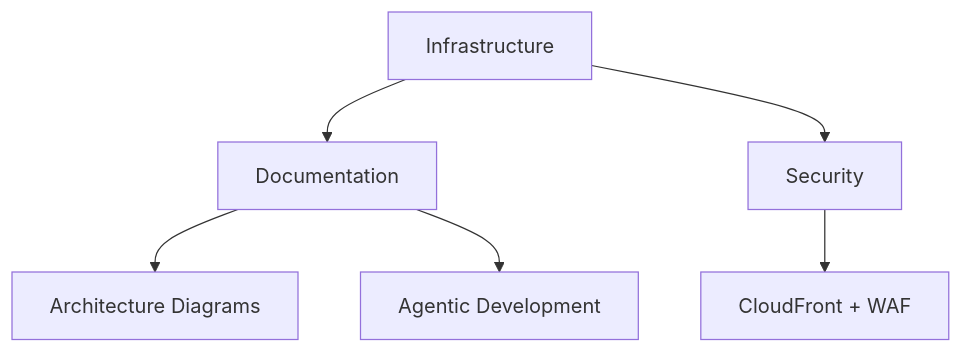
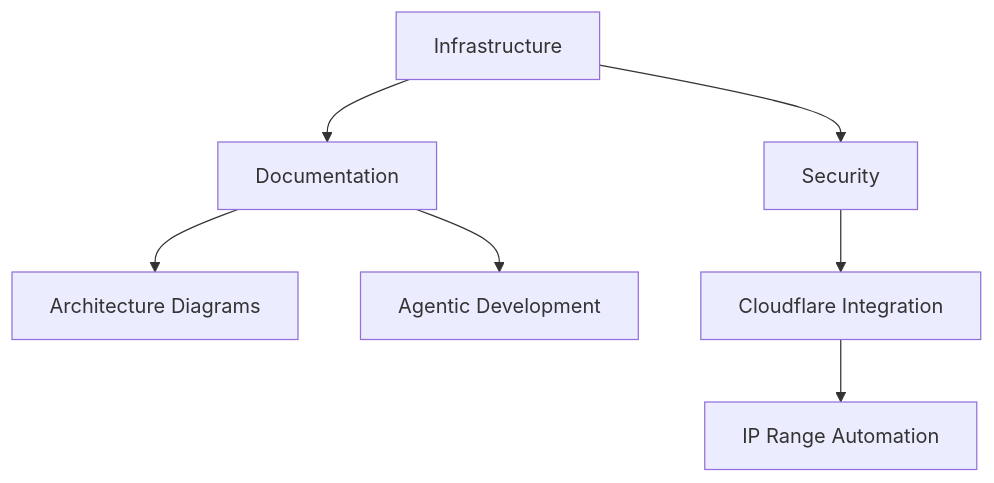
The diagram in memory-bank/activeContext.md (laialex501/lorechat-cdk), drawn with Mermaid before and after one commit. The commit also changed other lines of this file and 9 other files, not shown here.

Commit message:
Migrate from CloudFront to Cloudflare

````diff
--- a/memory-bank/activeContext.md
+++ b/memory-bank/activeContext.md
@@ -35,8 +43,9 @@
 ```mermaid
 graph TD
     A[Infrastructure] --> B[Documentation]
     A --> C[Security]
     B --> D[Architecture Diagrams]
-    C --> E[CloudFront + WAF]
-    B --> F[Agentic Development]
+    C --> E[Cloudflare Integration]
+    E --> F[IP Range Automation]
+    B --> G[Agentic Development]
 ```
````
